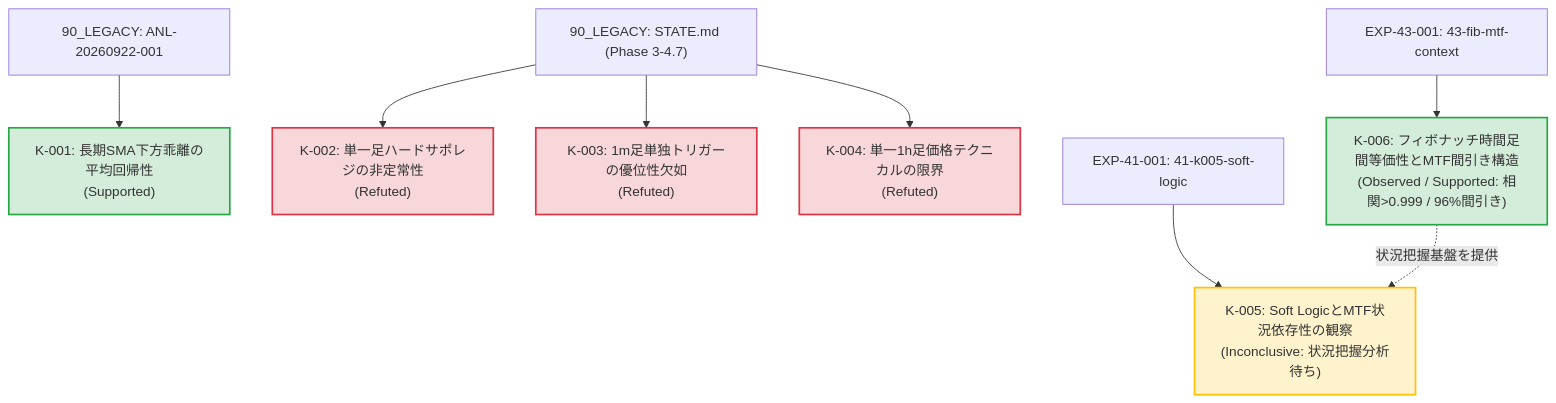
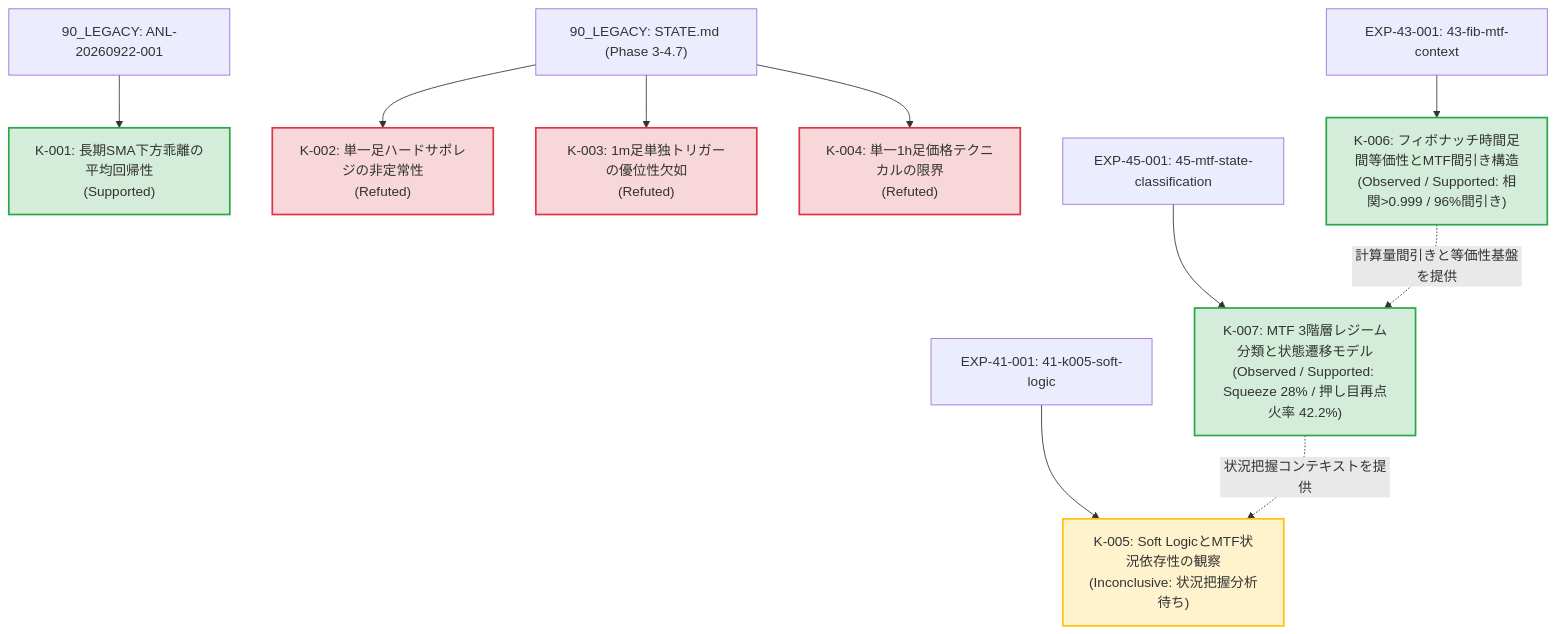
One commit to makagi/MTF_AI_Trade changed the diagram in 03_KNOWLEDGE/knowledge-lineage.md. Above: the diagram before and after it, drawn with Mermaid. The commit also changed other lines of this file and 8 other files, not shown here.

First line of the commit message:
feat(analysis): MTF 3-tier state classification and regime transition model (#45) (#46)

````diff
--- a/03_KNOWLEDGE/knowledge-lineage.md
+++ b/03_KNOWLEDGE/knowledge-lineage.md
@@ -28,21 +28,24 @@
 ```mermaid
 graph TD
     classDef supported fill:#d4edda,stroke:#28a745,stroke-width:2px;
     classDef refuted fill:#f8d7da,stroke:#dc3545,stroke-width:2px;
     classDef inconclusive fill:#fff3cd,stroke:#ffc107,stroke-width:2px;
 
     K001["K-001: 長期SMA下方乖離の平均回帰性<br/>(Supported)"]:::supported
     K002["K-002: 単一足ハードサポレジの非定常性<br/>(Refuted)"]:::refuted
     K003["K-003: 1m足単独トリガーの優位性欠如<br/>(Refuted)"]:::refuted
     K004["K-004: 単一1h足価格テクニカルの限界<br/>(Refuted)"]:::refuted
     K005["K-005: Soft LogicとMTF状況依存性の観察<br/>(Inconclusive: 状況把握分析待ち)"]:::inconclusive
     K006["K-006: フィボナッチ時間足間等価性とMTF間引き構造<br/>(Observed / Supported: 相関>0.999 / 96%間引き)"]:::supported
+    K007["K-007: MTF 3階層レジーム分類と状態遷移モデル<br/>(Observed / Supported: Squeeze 28% / 押し目再点火率 42.2%)"]:::supported
 
     LEG_ANL1["90_LEGACY: ANL-20260922-001"] --> K001
     LEG_STATE["90_LEGACY: STATE.md (Phase 3-4.7)"] --> K002
     LEG_STATE --> K003
     LEG_STATE --> K004
     EXP041["EXP-41-001: 41-k005-soft-logic"] --> K005
     EXP043["EXP-43-001: 43-fib-mtf-context"] --> K006
-    K006 -.->|状況把握基盤を提供| K005
+    EXP045["EXP-45-001: 45-mtf-state-classification"] --> K007
+    K006 -.->|計算量間引きと等価性基盤を提供| K007
+    K007 -.->|状況把握コンテキストを提供| K005
 ```
````
